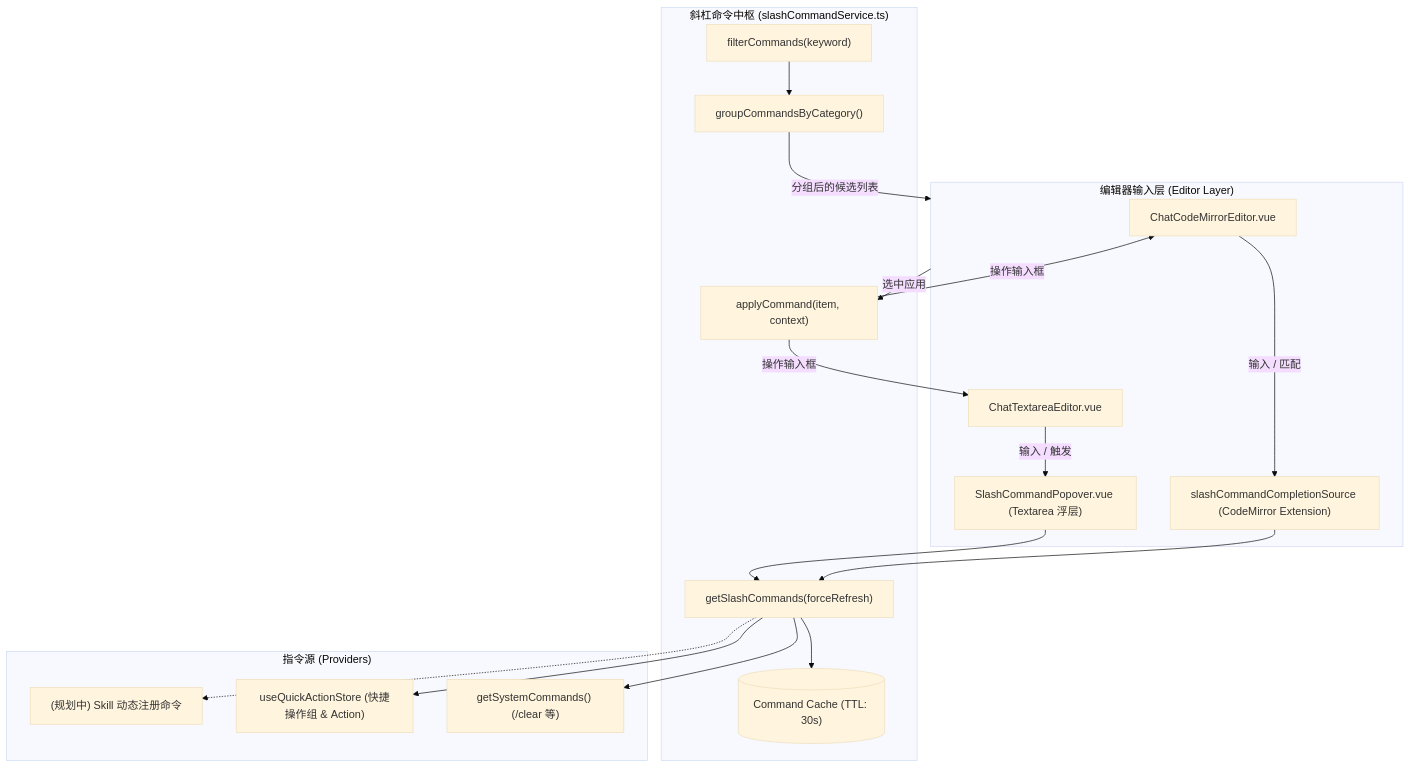
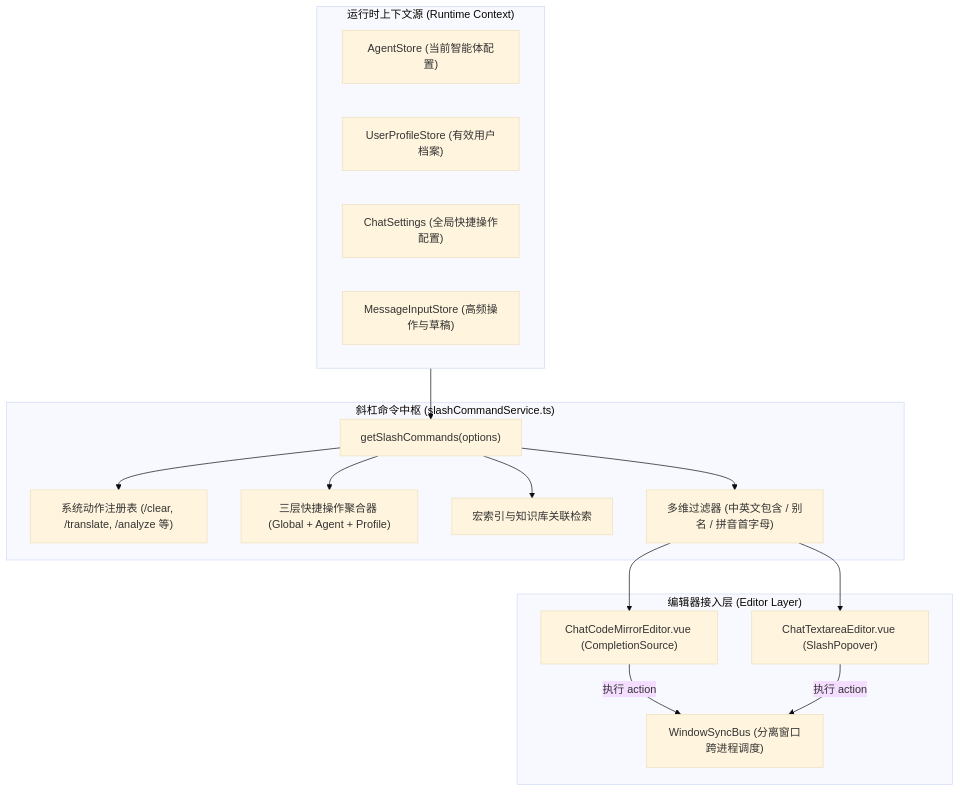
Before and after one commit to miaotouy/aio-hub: the second of 2 diagrams in docs/design/llm-chat-slash-command-system-design.md, drawn with Mermaid (base theme). The commit also changed other lines of this file, not shown here.

First line of the commit message:
docs(llm-chat): 重构斜杠命令设计文档，对齐实际运行时架构

````diff
--- a/docs/design/llm-chat-slash-command-system-design.md
+++ b/docs/design/llm-chat-slash-command-system-design.md
@@ -124,36 +169,33 @@
 ```mermaid
 graph TD
-    subgraph View ["编辑器输入层 (Editor Layer)"]
-        CM["ChatCodeMirrorEditor.vue"]
-        TX["ChatTextareaEditor.vue"]
-        CompSource["slashCommandCompletionSource (CodeMirror Extension)"]
-        Popover["SlashCommandPopover.vue (Textarea 浮层)"]
+    subgraph ContextSources ["运行时上下文源 (Runtime Context)"]
+        AgentStore["AgentStore (当前智能体配置)"]
+        ProfileStore["UserProfileStore (有效用户档案)"]
+        ChatSettings["ChatSettings (全局快捷操作配置)"]
+        InputStore["MessageInputStore (高频操作与草稿)"]
     end
 
-    subgraph CoreService ["斜杠命令中枢 (slashCommandService.ts)"]
-        Hub["getSlashCommands(forceRefresh)"]
-        Cache[("Command Cache (TTL: 30s)")]
-        Filter["filterCommands(keyword)"]
-        Grouper["groupCommandsByCategory()"]
-        Applier["applyCommand(item, context)"]
+    subgraph Service ["斜杠命令中枢 (slashCommandService.ts)"]
+        Aggregator["getSlashCommands(options)"]
+        SysRegistry["系统动作注册表 (/clear, /translate, /analyze 等)"]
+        QAAggregator["三层快捷操作聚合器 (Global + Agent + Profile)"]
+        MacroAggregator["宏索引与知识库关联检索"]
+        Filter["多维过滤器 (中英文包含 / 别名 / 拼音首字母)"]
     end
 
-    subgraph Providers ["指令源 (Providers)"]
-        SysCommands["getSystemCommands() (/clear 等)"]
-        QAStore["useQuickActionStore (快捷操作组 & Action)"]
-        SkillCommands["(规划中) Skill 动态注册命令"]
+    subgraph Editors ["编辑器接入层 (Editor Layer)"]
+        CM["ChatCodeMirrorEditor.vue (CompletionSource)"]
+        TX["ChatTextareaEditor.vue (SlashPopover)"]
+        SyncBus["WindowSyncBus (分离窗口跨进程调度)"]
     end
 
-    CM -->|输入 / 匹配| CompSource
-    TX -->|输入 / 触发| Popover
-    CompSource --> Hub
-    Popover --> Hub
-    Hub --> Cache
-    Hub --> SysCommands
-    Hub --> QAStore
-    Hub -.-> SkillCommands
-    Filter --> Grouper
-    Grouper -->|分组后的候选列表| View
-    View -->|选中应用| Applier
-    Applier -->|操作输入框| CM & TX
+    ContextSources --> Aggregator
+    Aggregator --> SysRegistry
+    Aggregator --> QAAggregator
+    Aggregator --> MacroAggregator
+    Aggregator --> Filter
+    Filter --> CM
+    Filter --> TX
+    CM -->|执行 action| SyncBus
+    TX -->|执行 action| SyncBus
 ```
````
